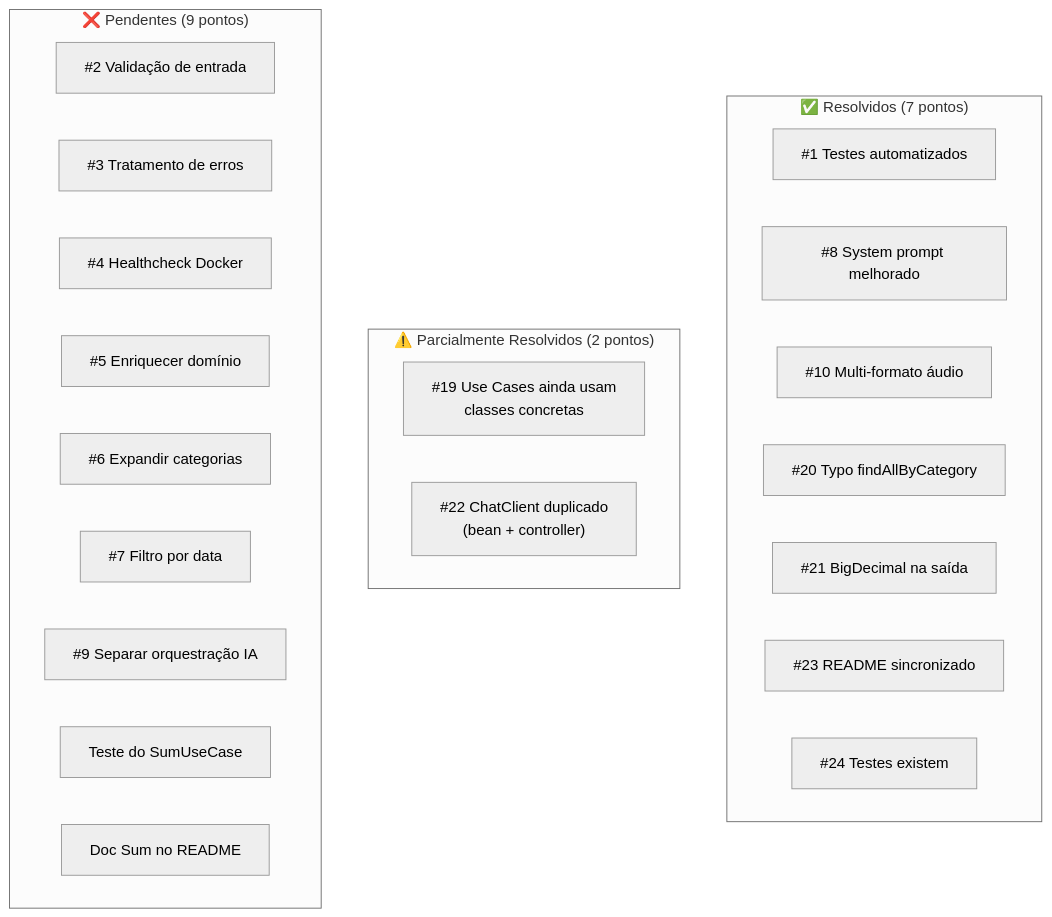
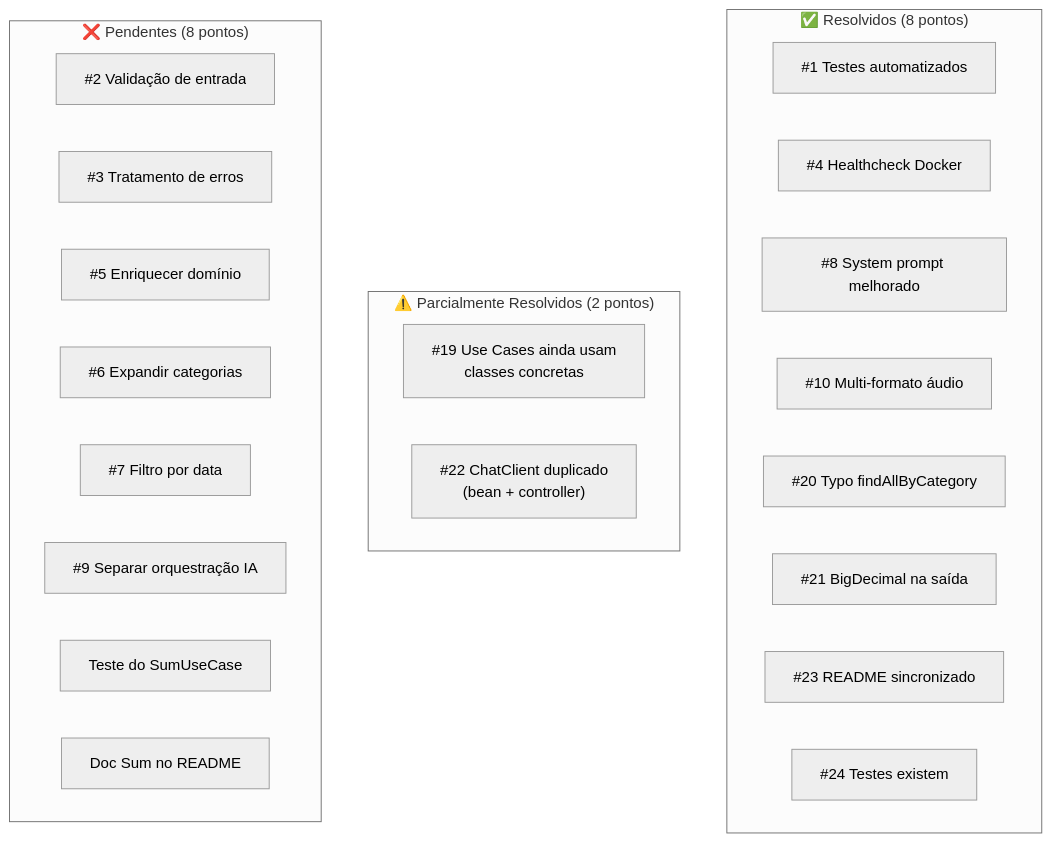
The second of 2 diagrams in docs/analise-projeto.md (GLzanetti/ProjetoBudgetingItauEDio), drawn with Mermaid (neutral theme) before and after one commit. The commit also changed other lines of this file and 1 other file, not shown here.

Commit message:
fix(docker): parametrizar credenciais do healthcheck com variaveis de ambiente

````diff
--- a/docs/analise-projeto.md
+++ b/docs/analise-projeto.md
@@ -348,29 +352,29 @@
 ```mermaid
 flowchart TD
-    subgraph RESOLVIDOS["✅ Resolvidos (7 pontos)"]
+    subgraph RESOLVIDOS["✅ Resolvidos (8 pontos)"]
         R1["#1 Testes automatizados"]
+        R4["#4 Healthcheck Docker"]
         R8["#8 System prompt melhorado"]
         R10["#10 Multi-formato áudio"]
         R20["#20 Typo findAllByCategory"]
         R21["#21 BigDecimal na saída"]
         R23["#23 README sincronizado"]
         R24["#24 Testes existem"]
     end
 
     subgraph PARCIAL["⚠️ Parcialmente Resolvidos (2 pontos)"]
         P19["#19 Use Cases ainda usam\nclasses concretas"]
         P22["#22 ChatClient duplicado\n(bean + controller)"]
     end
 
-    subgraph PENDENTES["❌ Pendentes (9 pontos)"]
+    subgraph PENDENTES["❌ Pendentes (8 pontos)"]
         X2["#2 Validação de entrada"]
         X3["#3 Tratamento de erros"]
-        X4["#4 Healthcheck Docker"]
         X5["#5 Enriquecer domínio"]
         X6["#6 Expandir categorias"]
         X7["#7 Filtro por data"]
         X9["#9 Separar orquestração IA"]
         XNEW["Teste do SumUseCase"]
         XDOC["Doc Sum no README"]
     end
 ```
````
